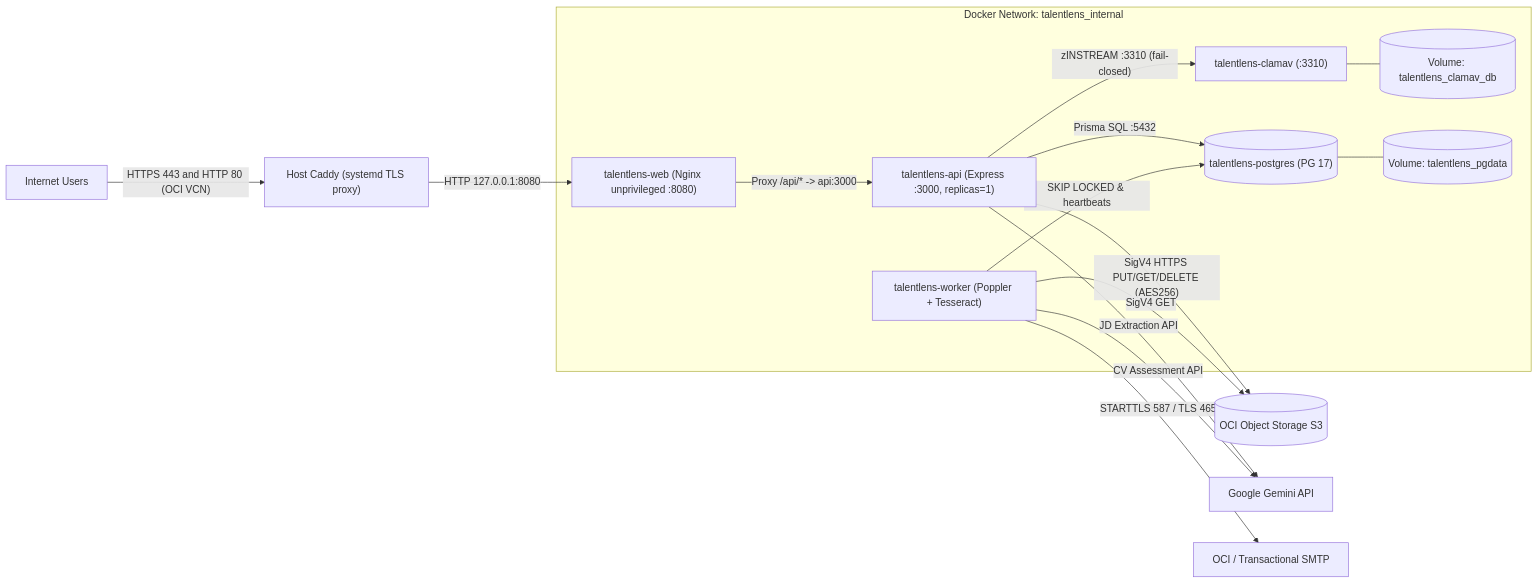
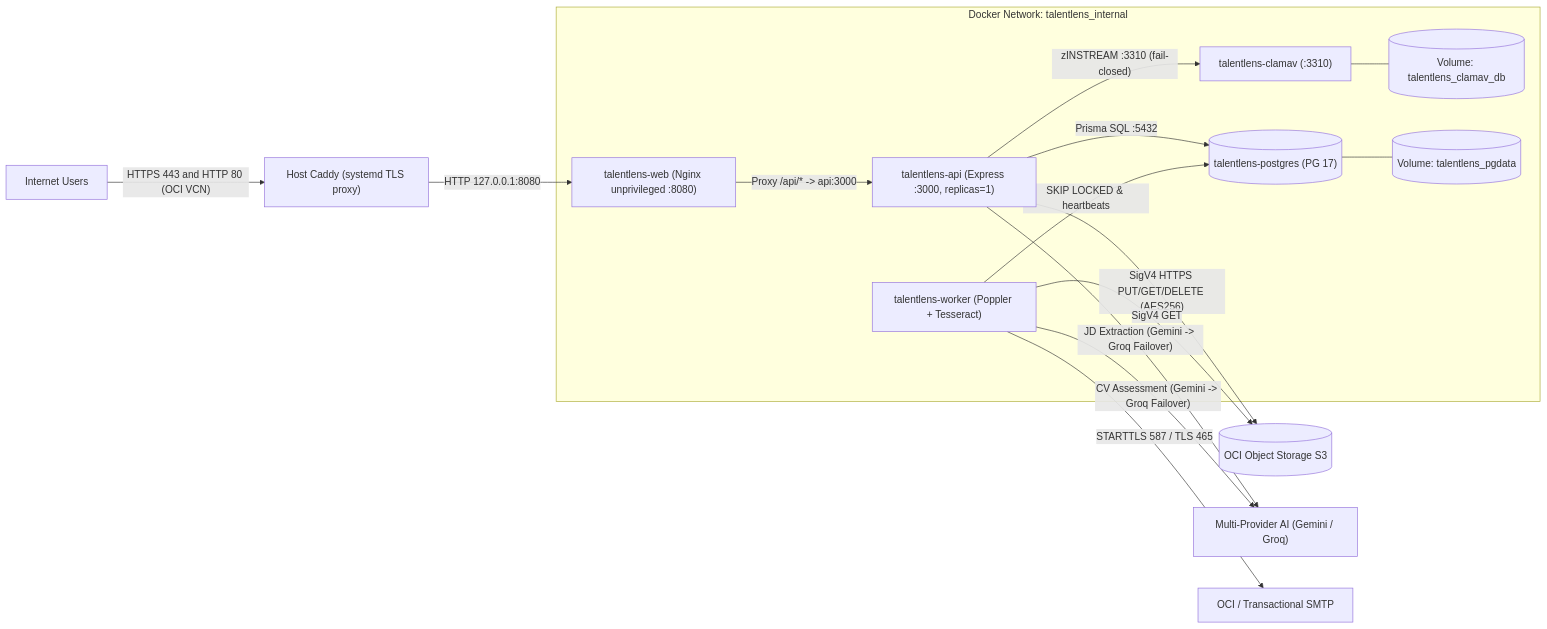
One commit to Lokaprathap22/TalentLens-Ai changed the diagram in deployment.md. Above: the diagram before and after it, drawn with Mermaid. The commit also changed other lines of this file and 13 other files, not shown here.

````diff
--- a/deployment.md
+++ b/deployment.md
@@ -331,20 +354,20 @@
 ```mermaid
 flowchart LR
     INTERNET["Internet Users"] -->|"HTTPS 443 and HTTP 80 (OCI VCN)"| CADDY["Host Caddy (systemd TLS proxy)"]
     CADDY -->|"HTTP 127.0.0.1:8080"| WEB["talentlens-web (Nginx unprivileged :8080)"]
 
     subgraph INTERNAL["Docker Network: talentlens_internal"]
         WEB -->|"Proxy /api/* -> api:3000"| API["talentlens-api (Express :3000, replicas=1)"]
         API -->|"zINSTREAM :3310 (fail-closed)"| CLAM["talentlens-clamav (:3310)"]
         API -->|"Prisma SQL :5432"| PG[("talentlens-postgres (PG 17)")]
         WORKER["talentlens-worker (Poppler + Tesseract)"] -->|"SKIP LOCKED & heartbeats"| PG
         CLAM --- VOL_CLAM[("Volume: talentlens_clamav_db")]
         PG --- VOL_PG[("Volume: talentlens_pgdata")]
     end
 
     API -->|"SigV4 HTTPS PUT/GET/DELETE (AES256)"| S3[("OCI Object Storage S3")]
-    API -->|"JD Extraction API"| GEMINI["Google Gemini API"]
+    API -->|"JD Extraction (Gemini -> Groq Failover)"| AI["Multi-Provider AI (Gemini / Groq)"]
     WORKER -->|"SigV4 GET"| S3
-    WORKER -->|"CV Assessment API"| GEMINI
+    WORKER -->|"CV Assessment (Gemini -> Groq Failover)"| AI
     WORKER -->|"STARTTLS 587 / TLS 465"| SMTP["OCI / Transactional SMTP"]
 ```
````
